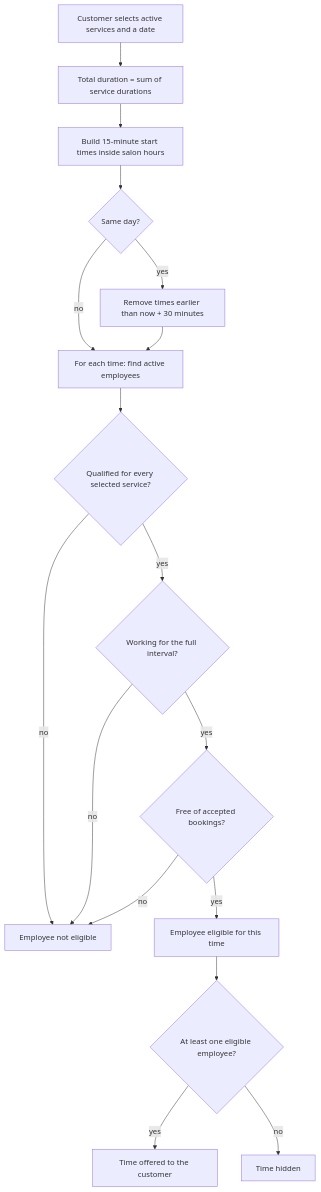
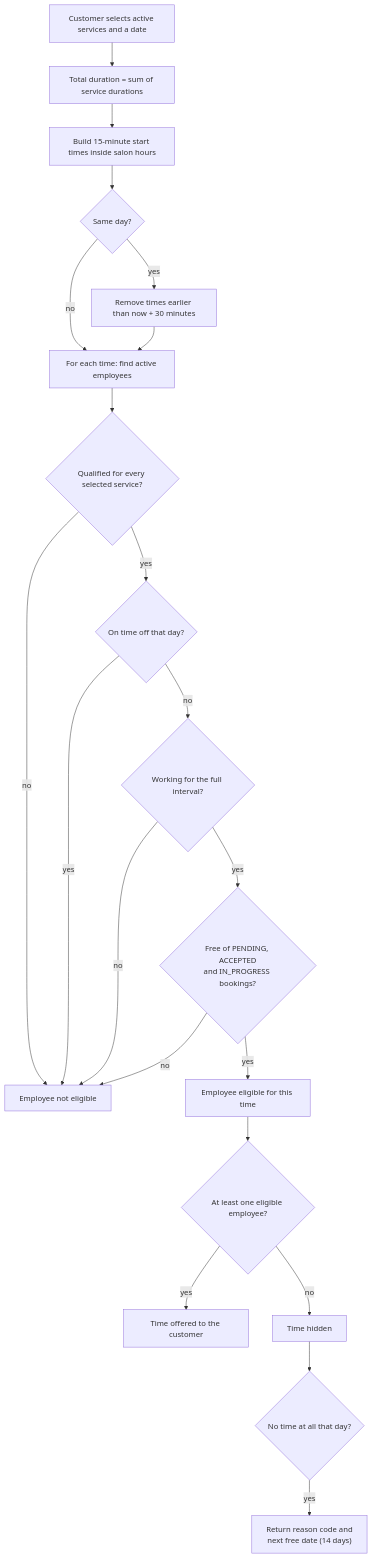
One commit to ghalebshhab/Salon-hub-backend changed diagram 13 of 22 in documentation/Salon-Hup-Project-Documentation.md. Above: the diagram before and after it, drawn with Mermaid. The commit also changed other lines of this file and 1 other file, not shown here.

````diff
--- a/documentation/Salon-Hup-Project-Documentation.md
+++ b/documentation/Salon-Hup-Project-Documentation.md
@@ -615,19 +886,23 @@
 ```mermaid
 flowchart TD
     a["Customer selects active services and a date"] --> b["Total duration = sum of service durations"]
     b --> c["Build 15-minute start times inside salon hours"]
     c --> d{"Same day?"}
     d -- yes --> e["Remove times earlier than now + 30 minutes"]
     d -- no --> f
     e --> f["For each time: find active employees"]
     f --> g{"Qualified for every selected service?"}
     g -- no --> x["Employee not eligible"]
-    g -- yes --> h{"Working for the full interval?"}
+    g -- yes --> t{"On time off that day?"}
+    t -- yes --> x
+    t -- no --> h{"Working for the full interval?"}
     h -- no --> x
-    h -- yes --> i{"Free of accepted bookings?"}
+    h -- yes --> i{"Free of PENDING, ACCEPTED<br/>and IN_PROGRESS bookings?"}
     i -- no --> x
     i -- yes --> j["Employee eligible for this time"]
     j --> k{"At least one eligible employee?"}
     k -- yes --> l["Time offered to the customer"]
     k -- no --> m["Time hidden"]
+    m --> n{"No time at all that day?"}
+    n -- yes --> r["Return reason code and<br/>next free date (14 days)"]
 ```
````
